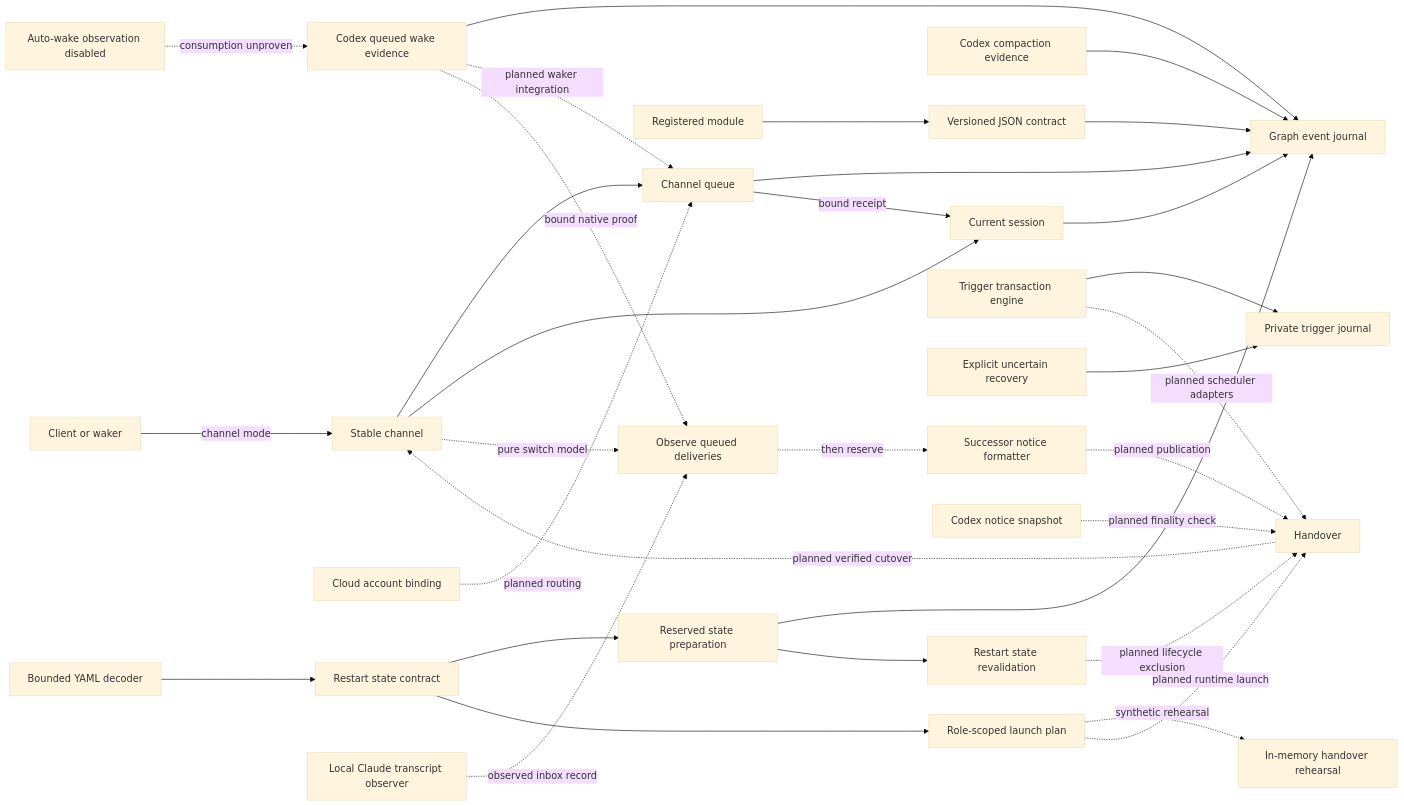
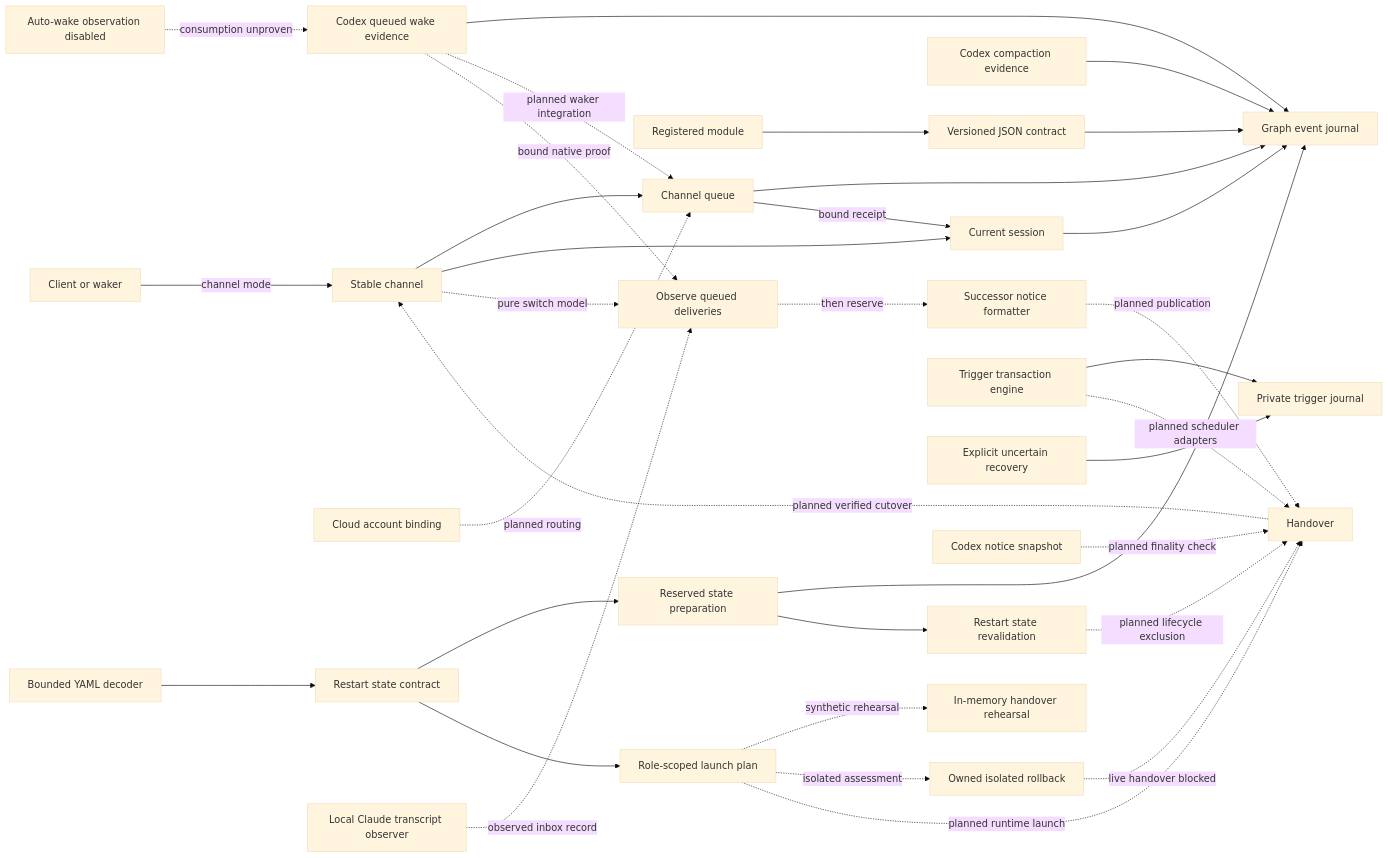
The diagram in docs/design/plexus-architecture.mmd (NestDevLab/agent-mesh), drawn with Mermaid (base theme) before and after one commit. The commit also changed 7 other files, not shown here.

Commit message:
Connect isolated role assessment to owned rollback

```diff
--- a/docs/design/plexus-architecture.mmd
+++ b/docs/design/plexus-architecture.mmd
@@ -1,32 +1,34 @@
 flowchart LR
   Client["Client or waker"] -- "channel mode" --> Channel["Stable channel"]
   Channel --> Queue["Channel queue"]
   Channel --> Session["Current session"]
   Queue --> Journal["Graph event journal"]
   Session --> Journal
   Wake["Codex queued wake evidence"] --> Journal
   Wake -. "planned waker integration" .-> Queue
   Compaction["Codex compaction evidence"] --> Journal
   Module["Registered module"] --> Contract["Versioned JSON contract"]
   Contract --> Journal
   Queue -- "bound receipt" --> Session
   CloudAccount["Cloud account binding"] -. "planned routing" .-> Queue
   Yaml["Bounded YAML decoder"] --> Restart
   Restart["Restart state contract"] --> StatePrep["Reserved state preparation"]
   Restart --> RoleProfile["Role-scoped launch plan"]
   RoleProfile -. "synthetic rehearsal" .-> Rehearsal["In-memory handover rehearsal"]
+  RoleProfile -. "isolated assessment" .-> IsolatedRollback["Owned isolated rollback"]
+  IsolatedRollback -. "live handover blocked" .-> Handover
   RoleProfile -. "planned runtime launch" .-> Handover
   StatePrep --> Journal
   StatePrep --> Revalidate["Restart state revalidation"]
   Revalidate -. "planned lifecycle exclusion" .-> Handover
   TriggerTxn["Trigger transaction engine"] --> TriggerJournal["Private trigger journal"]
   TriggerRecovery["Explicit uncertain recovery"] --> TriggerJournal
   TriggerTxn -. "planned scheduler adapters" .-> Handover
   Notice["Successor notice formatter"] -. "planned publication" .-> Handover
   Observation["Codex notice snapshot"] -. "planned finality check" .-> Handover
   Handover["Handover"] -. "planned verified cutover" .-> Channel
   Channel -. "pure switch model" .-> Drain["Observe queued deliveries"]
   Drain -. "then reserve" .-> Notice
   AutoWake["Auto-wake observation disabled"] -. "consumption unproven" .-> Wake
   Wake -. "bound native proof" .-> Drain
   ClaudeReadback["Local Claude transcript observer"] -. "observed inbox record" .-> Drain
```
